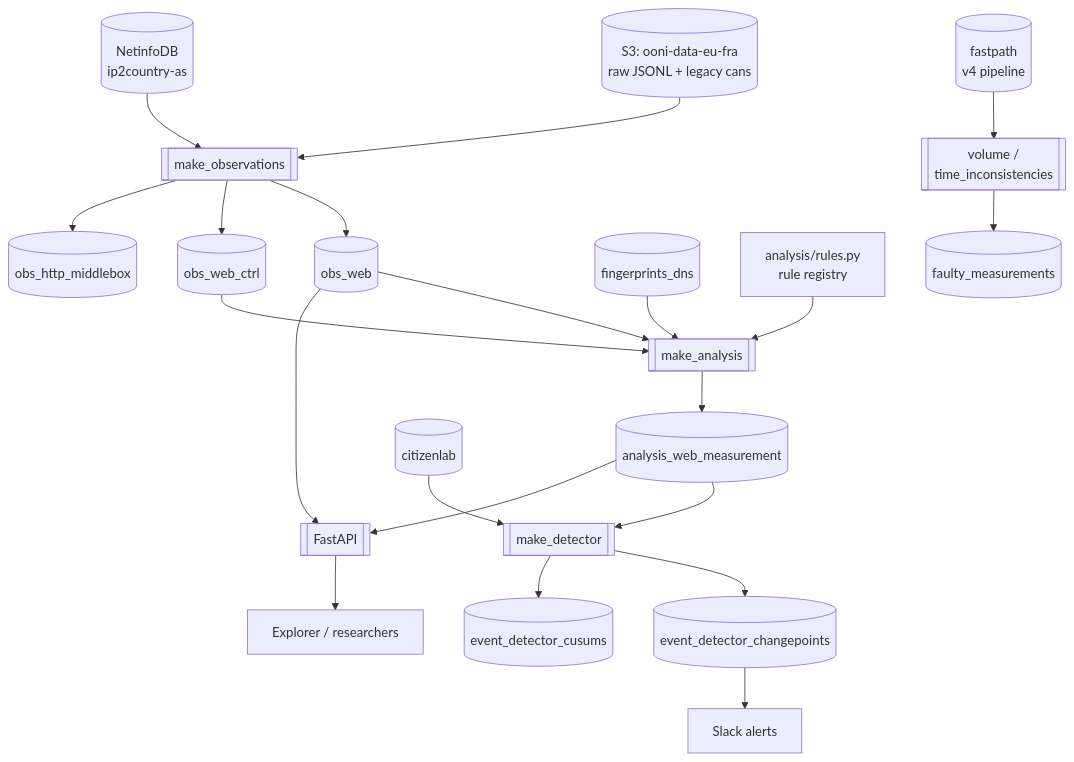
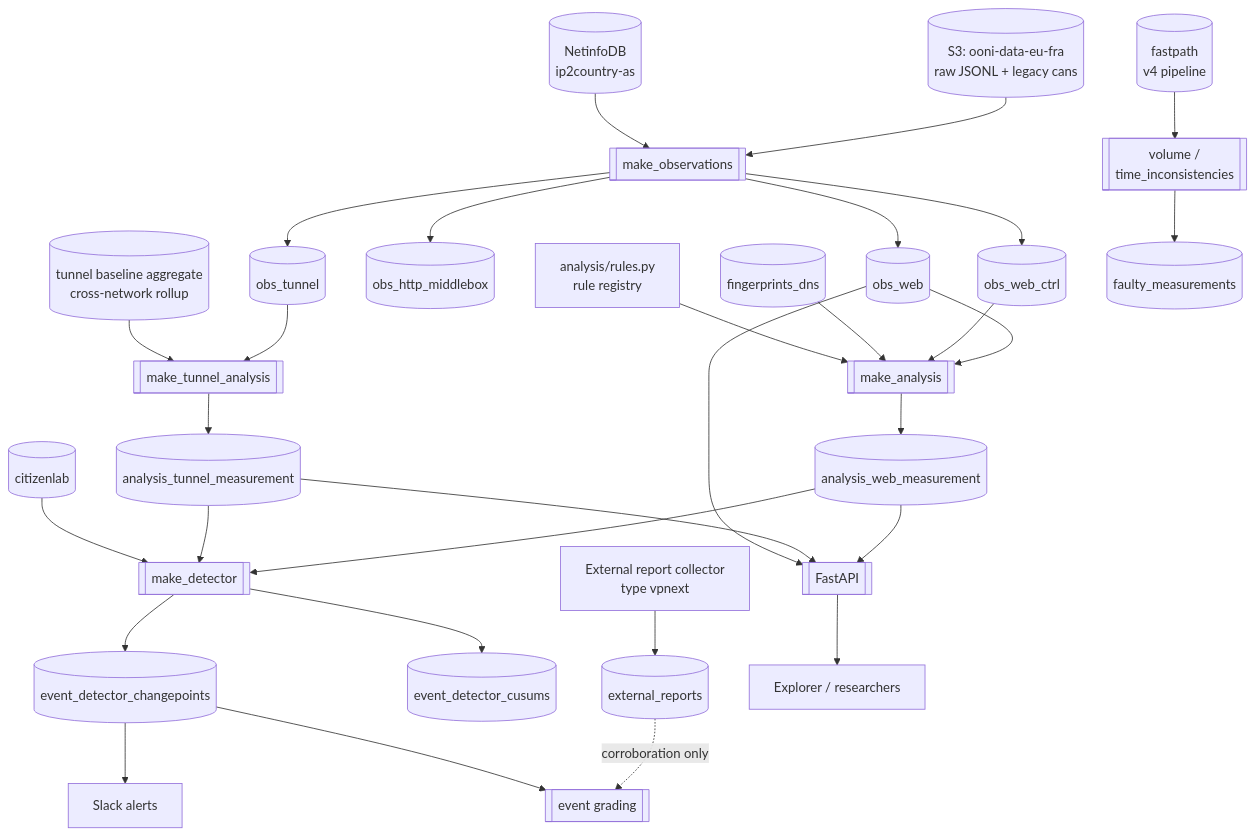
The diagram in docs/architecture.md (ooni/data), drawn with Mermaid before and after one commit. The commit also changed other lines of this file and 4 other files, not shown here.

````diff
--- a/docs/architecture.md
+++ b/docs/architecture.md
@@ -81,27 +89,38 @@
 ```mermaid
 graph TD
     S3[(S3: ooni-data-eu-fra<br/>raw JSONL + legacy cans)] --> OGEN[[make_observations]]
     NDB[(NetinfoDB<br/>ip2country-as)] --> OGEN
     OGEN --> OW[(obs_web)]
     OGEN --> OWC[(obs_web_ctrl)]
     OGEN --> OHM[(obs_http_middlebox)]
+    OGEN --> OT[(obs_tunnel)]
 
     OW --> AN[[make_analysis]]
     OWC --> AN
     FPD[(fingerprints_dns)] --> AN
     RULES[analysis/rules.py<br/>rule registry] --> AN
     AN --> AWM[(analysis_web_measurement)]
 
+    OT --> TAN[[make_tunnel_analysis]]
+    BASE[(tunnel baseline aggregate<br/>cross-network rollup)] --> TAN
+    TAN --> ATM[(analysis_tunnel_measurement)]
+
     AWM --> DET[[make_detector]]
+    ATM --> DET
     CLB[(citizenlab)] --> DET
     DET --> CP[(event_detector_changepoints)]
     DET --> CUS[(event_detector_cusums)]
     CP --> SLACK[Slack alerts]
 
+    EXT[External report collector<br/>type vpnext] --> ER[(external_reports)]
+    ER -.corroboration only.-> EVT[[event grading]]
+    CP --> EVT
+
     AWM --> API[[FastAPI]]
+    ATM --> API
     OW --> API
     API --> USERS[Explorer / researchers]
 
     FP[(fastpath<br/>v4 pipeline)] --> QA[[volume /<br/>time_inconsistencies]]
     QA --> FM[(faulty_measurements)]
 ```
````
